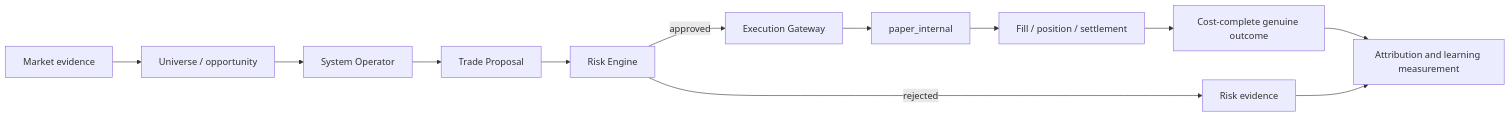
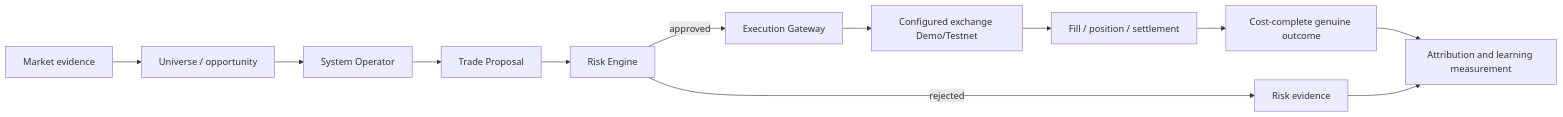
The diagram in README.md (iridyne/aletheia), drawn with Mermaid before and after one commit. The commit also changed other lines of this file and 11 other files, not shown here.

````diff
--- a/README.md
+++ b/README.md
@@ -46,14 +47,14 @@
 ```mermaid
 flowchart LR
     A[Market evidence] --> B[Universe / opportunity]
     B --> C[System Operator]
     C --> D[Trade Proposal]
     D --> E[Risk Engine]
     E -->|approved| F[Execution Gateway]
     E -->|rejected| G[Risk evidence]
-    F --> H[paper_internal]
+    F --> H[Configured exchange Demo/Testnet]
     H --> I[Fill / position / settlement]
     I --> J[Cost-complete genuine outcome]
     J --> K[Attribution and learning measurement]
     G --> K
 ```
````
